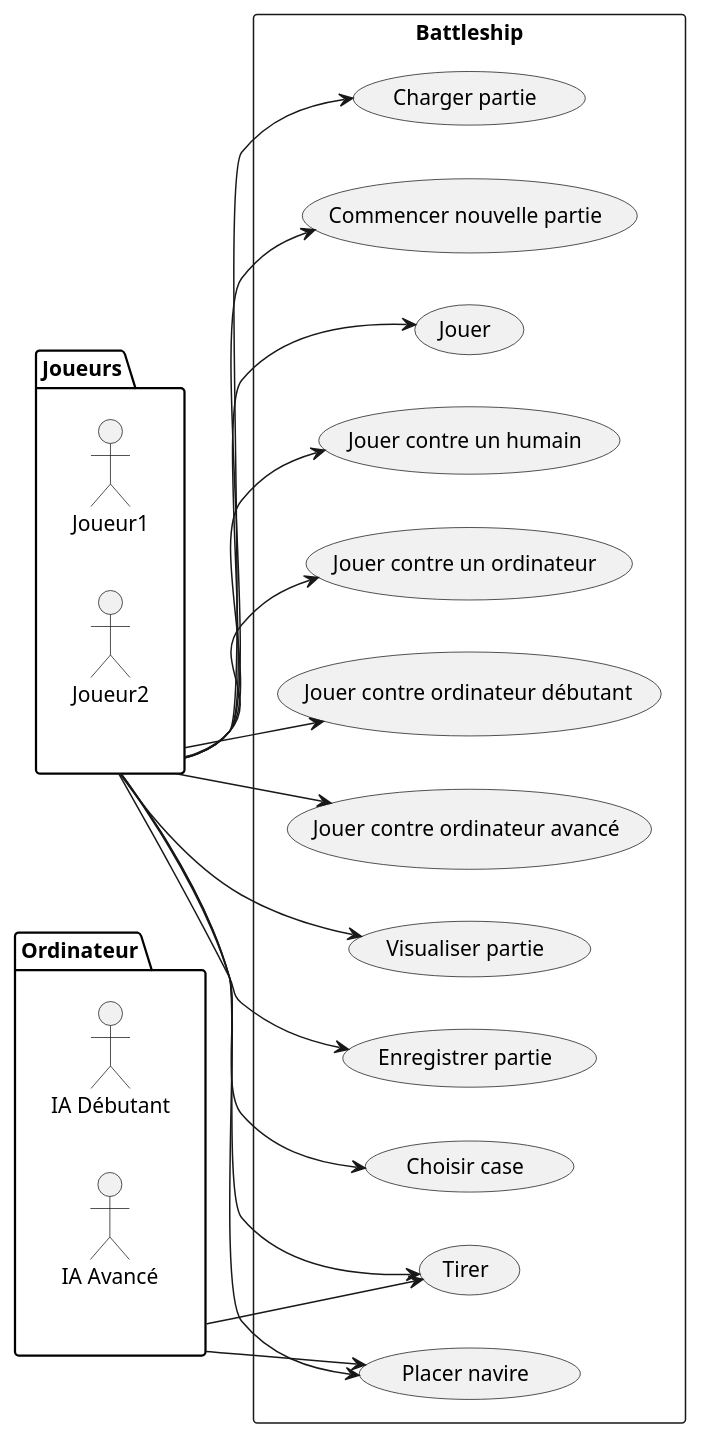
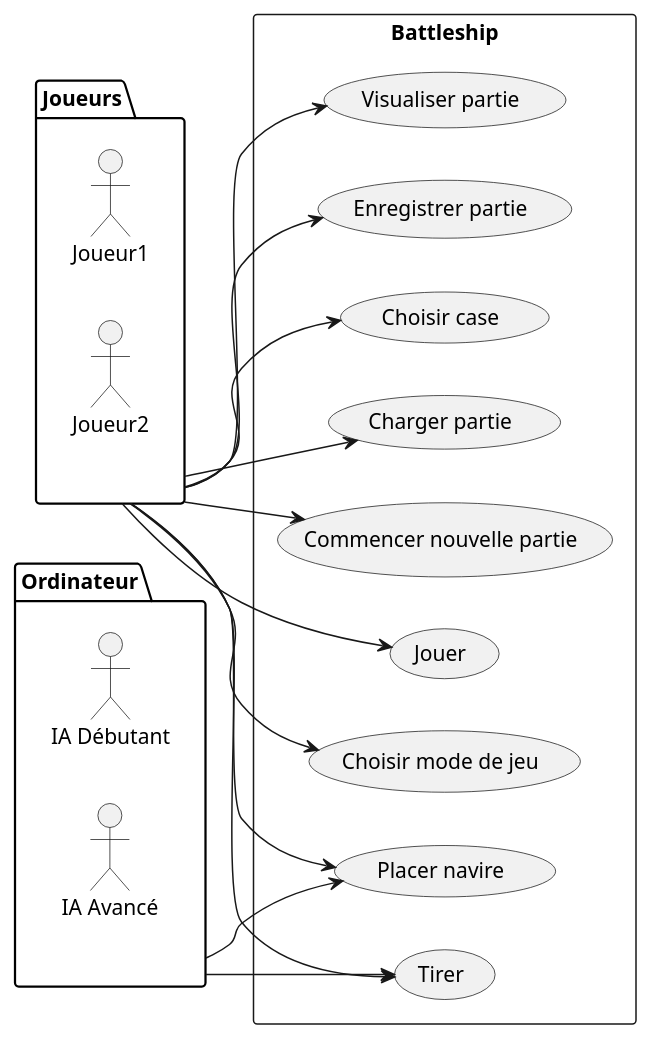
One commit to Patroklos99/5153_TP2-Battleship-AI-Pattern-Conception_Engineering2 changed the diagram in diagrammes_conception/diagramme_cas_utilisation.puml. Above: the diagram before and after it, drawn with PlantUML. The commit also changed 3 other files, not shown here.

Commit message:
Modif des diagrammes séquence et cas

```diff
--- a/diagrammes_conception/diagramme_cas_utilisation.puml
+++ b/diagrammes_conception/diagramme_cas_utilisation.puml
@@ -1,44 +1,38 @@
 @startuml
 left to right direction
 package Joueurs {
   actor Joueur1 as joueur1
   actor Joueur2 as joueur2
 }
 
 package Ordinateur {
   actor :IA Débutant: as iaDeb
   actor :IA Avancé: as iaAv
 }
 
 rectangle Battleship {
   usecase "Charger partie" as UC1
   usecase "Commencer nouvelle partie" as UC2
   usecase "Jouer" as UC3
-  usecase "Jouer contre un humain" as UC4
-  usecase "Jouer contre un ordinateur" as UC5
-  usecase "Jouer contre ordinateur débutant" as UC6
-  usecase "Jouer contre ordinateur avancé" as UC7
+  usecase "Choisir mode de jeu" as UC4
   usecase "Visualiser partie" as UC8
   usecase "Enregistrer partie" as UC9
   usecase "Placer navire" as UC10
   usecase "Tirer" as UC11
   usecase "Choisir case" as UC12
 }
 
 Joueurs --> UC1
 Joueurs --> UC2
 Joueurs --> UC3
 Joueurs --> UC4
-Joueurs --> UC5
-Joueurs --> UC6
-Joueurs --> UC7
 Joueurs --> UC8
 Joueurs --> UC9
 Joueurs --> UC10
 Joueurs --> UC11
 Joueurs --> UC12
 
 Ordinateur --> UC10
 Ordinateur --> UC11
 
 @enduml
```
